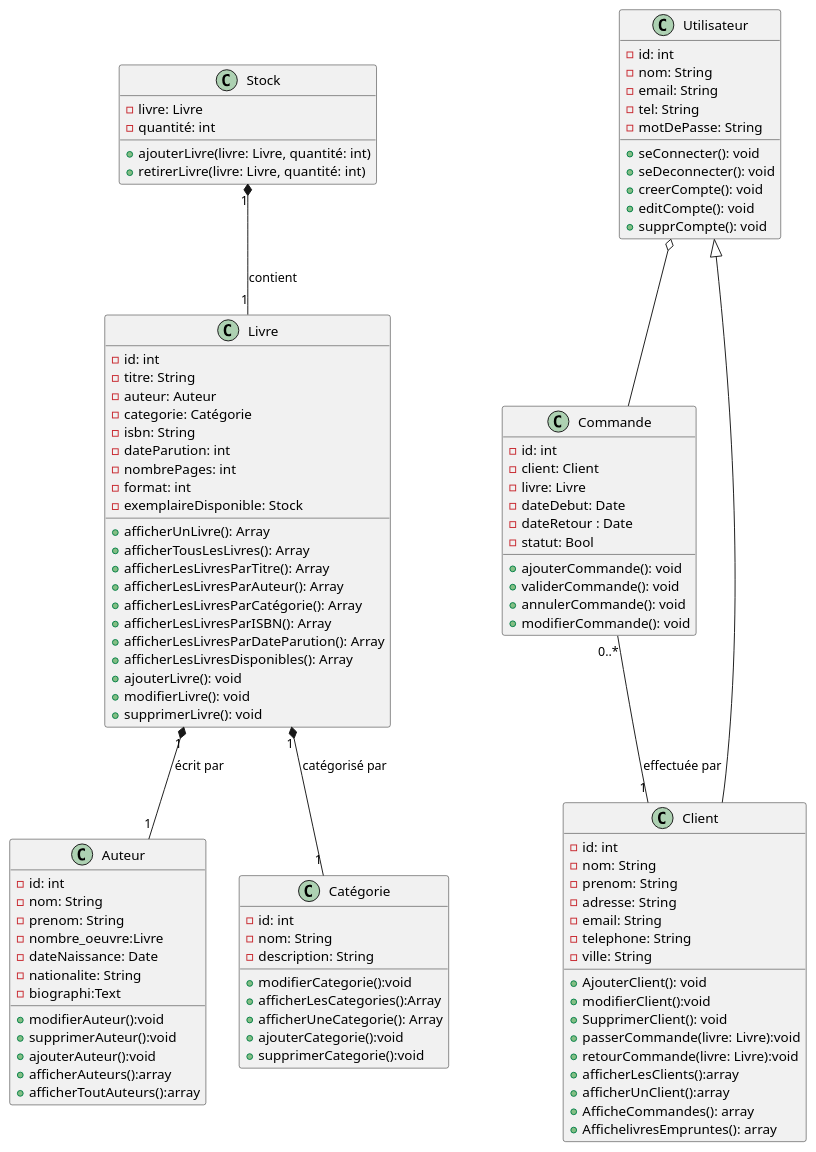
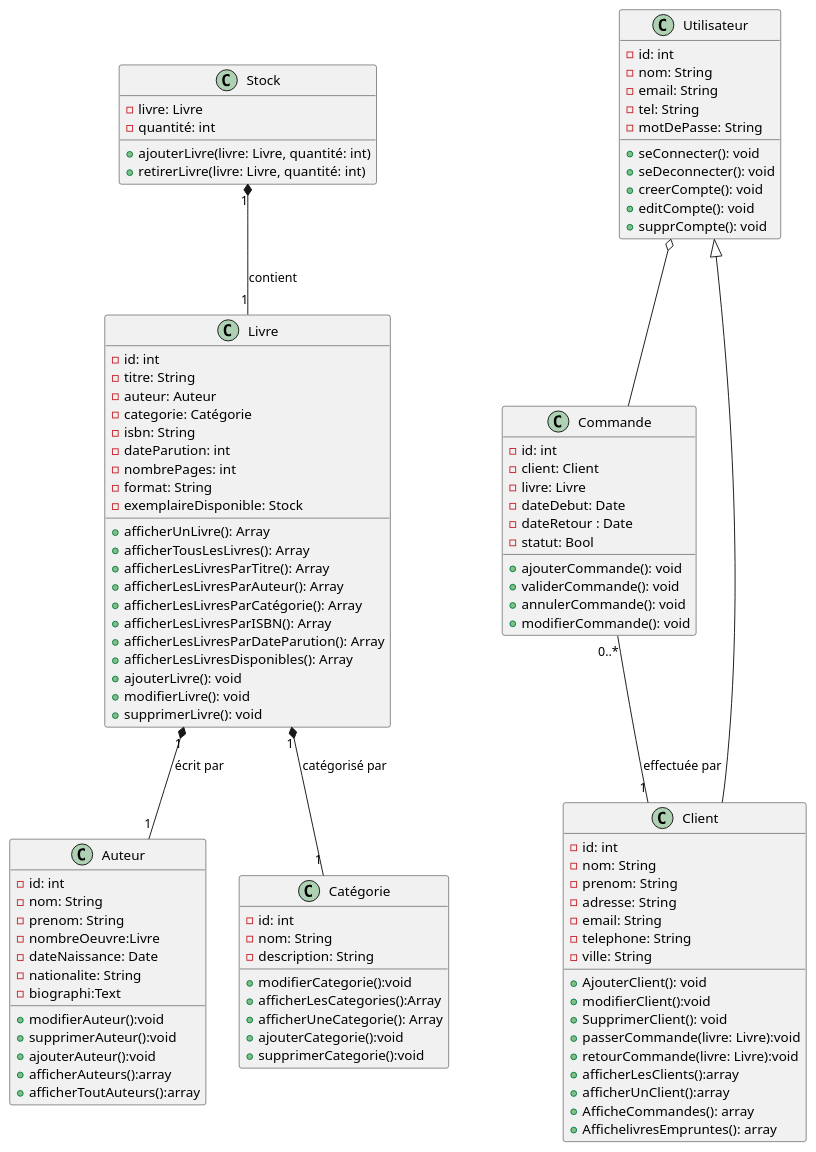
The diagram in Diagrammes UML/classes.plantuml (Jensone/poedia), drawn with PlantUML before and after one commit. The commit also changed 1 other file, not shown here.

Commit message:
🐛 fix(Database.php): add method to delete an item from a table 📝 docs(classes.plantuml): fix typo in attribute name of Auteur class, change 'nombre_oeuvre' to 'nombreOeuvre' 📝 docs(classes.plantuml): change format attribute of Livre class from int to String to improve semantics

```diff
--- a/Diagrammes UML/classes.plantuml
+++ b/Diagrammes UML/classes.plantuml
@@ -1,110 +1,110 @@
 @startuml
 class Livre {
   - id: int
   - titre: String
   - auteur: Auteur
   - categorie: Catégorie
   - isbn: String
   - dateParution: int
   - nombrePages: int
-  - format: int
+  - format: String
   - exemplaireDisponible: Stock
   + afficherUnLivre(): Array
   + afficherTousLesLivres(): Array
   + afficherLesLivresParTitre(): Array
   + afficherLesLivresParAuteur(): Array
   + afficherLesLivresParCatégorie(): Array
   + afficherLesLivresParISBN(): Array
   + afficherLesLivresParDateParution(): Array
   + afficherLesLivresDisponibles(): Array
   + ajouterLivre(): void
   + modifierLivre(): void
   + supprimerLivre(): void
 }
 
 class Auteur {
   - id: int
   - nom: String
   - prenom: String
-  - nombre_oeuvre:Livre
+  - nombreOeuvre:Livre
   - dateNaissance: Date
   - nationalite: String
   - biographi:Text
   + modifierAuteur():void
   + supprimerAuteur():void
   + ajouterAuteur():void
   + afficherAuteurs():array
   + afficherToutAuteurs():array
   }
 
 class Catégorie {
   - id: int
   - nom: String
   - description: String
   + modifierCategorie():void
   + afficherLesCategories():Array
   + afficherUneCategorie(): Array
   + ajouterCategorie():void
   + supprimerCategorie():void
 }
 
 class Commande {
   - id: int
   - client: Client
   - livre: Livre
   - dateDebut: Date
   - dateRetour : Date
   - statut: Bool
   + ajouterCommande(): void
   + validerCommande(): void
   + annulerCommande(): void
   + modifierCommande(): void
 }
 
 class Client {
   - id: int
   - nom: String
   - prenom: String
   - adresse: String
   - email: String
   - telephone: String
   - ville: String
   + AjouterClient(): void
   + modifierClient():void
   + SupprimerClient(): void
   + passerCommande(livre: Livre):void
   + retourCommande(livre: Livre):void
   + afficherLesClients():array
   + afficherUnClient():array
   + AfficheCommandes(): array
   + AffichelivresEmpruntes(): array
 }
 
 class Utilisateur {
   - id: int
   - nom: String
   - email: String
   - tel: String
   - motDePasse: String
   + seConnecter(): void
   + seDeconnecter(): void
   + creerCompte(): void
   + editCompte(): void
   + supprCompte(): void
 }
 
 class Stock {
   - livre: Livre
   - quantité: int
   + ajouterLivre(livre: Livre, quantité: int)
   + retirerLivre(livre: Livre, quantité: int)
 }
 
 Livre "1" *-- "1" Auteur : écrit par
 Livre "1" *-- "1" Catégorie : catégorisé par
 Commande "0..*" -- "1" Client : effectuée par
 Utilisateur <|-- Client
 Utilisateur o-- Commande
 Stock "1" *-- "1" Livre : contient
 
 @enduml
```
